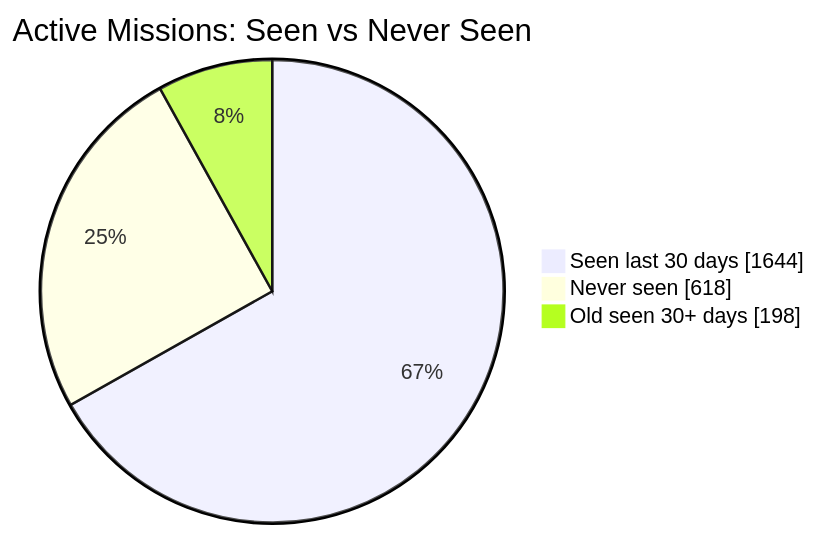
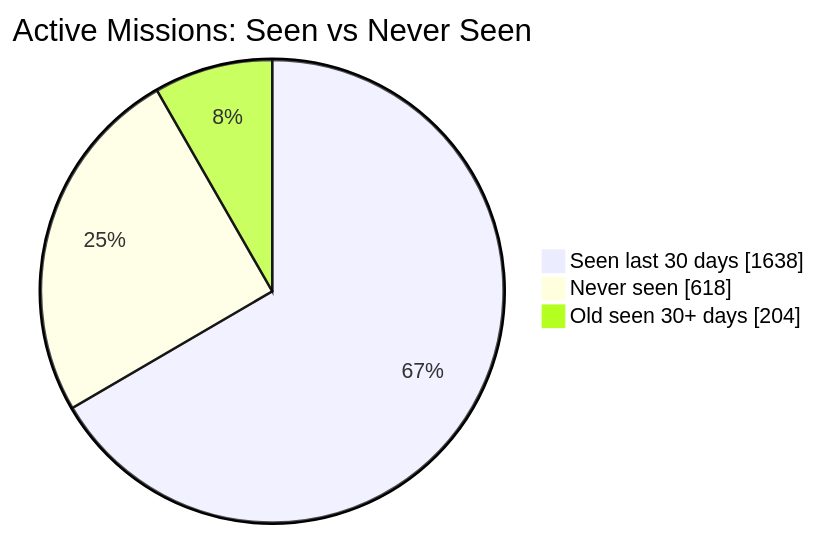
One commit to MeldkamerspelGameTeam/active-missions changed the first of 2 diagrams in README.md. Above: the diagram before and after it, drawn with Mermaid. The commit also changed other lines of this file and 3 other files, not shown here.

````diff
--- a/README.md
+++ b/README.md
@@ -34,7 +34,7 @@
 ```mermaid
 pie showData
     title Active Missions: Seen vs Never Seen
-    "Seen last 30 days" : 1644
+    "Seen last 30 days" : 1638
     "Never seen" : 618
-    "Old seen 30+ days" : 198
+    "Old seen 30+ days" : 204
 ```
````
